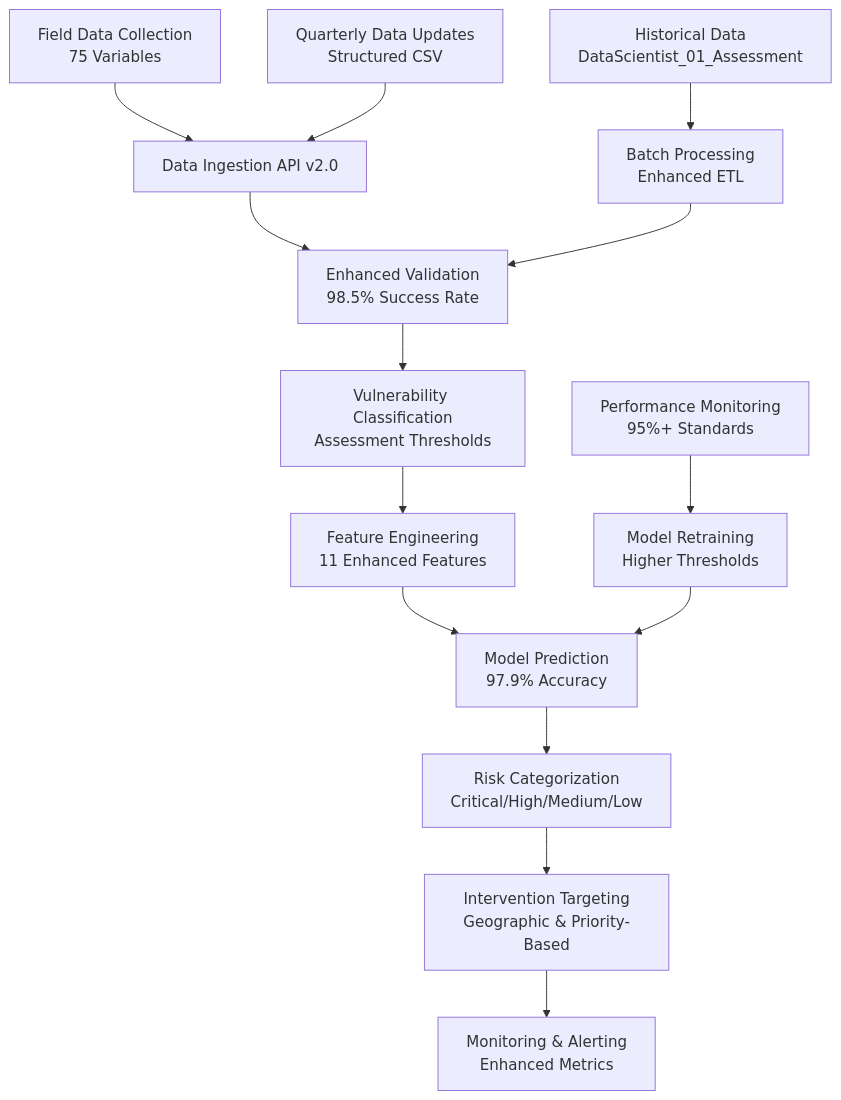
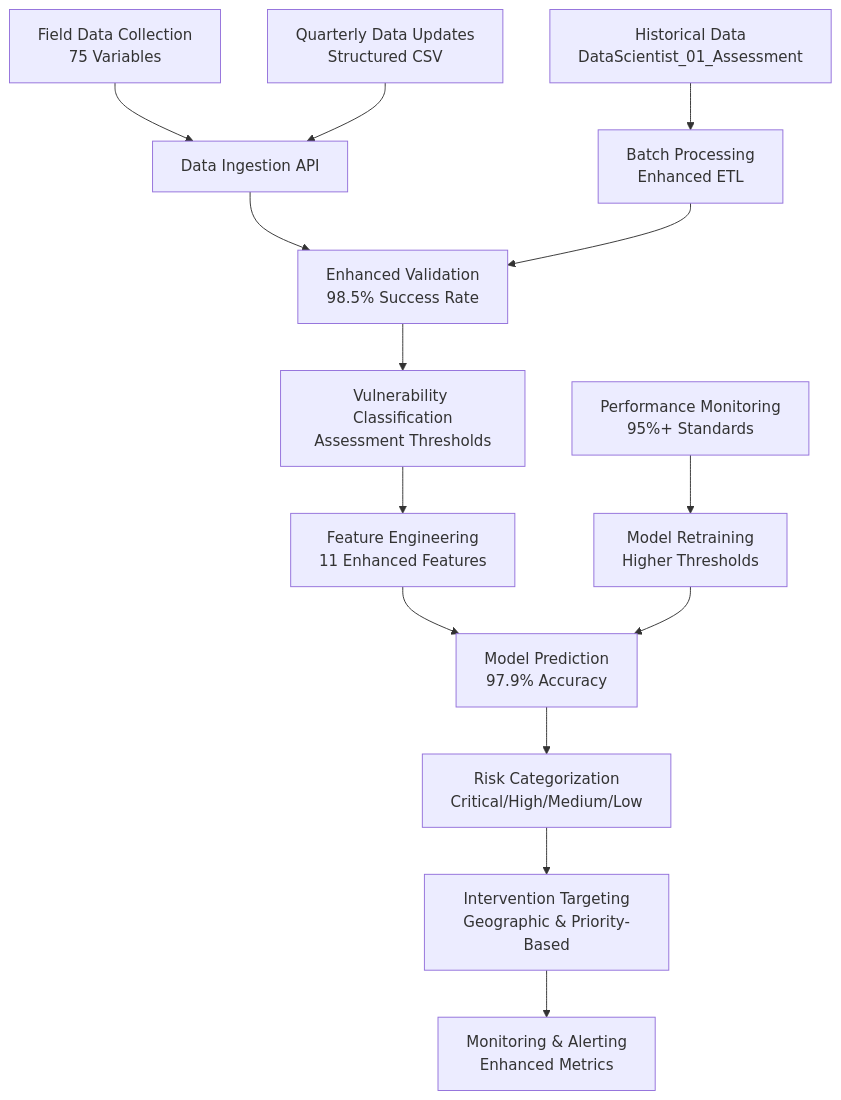
One commit to wcosmas/SDA changed the second of 2 diagrams in part_b_data_engineering/PART_B_COMPLETE_DOCUMENTATION.md. Above: the diagram before and after it, drawn with Mermaid. The commit also changed other lines of this file and 1 other file, not shown here.

Commit message:
Remove ARCHITECTURE_DOCUMENTATION.md to declutter the repository and focus on essential project files.

````diff
--- a/part_b_data_engineering/PART_B_COMPLETE_DOCUMENTATION.md
+++ b/part_b_data_engineering/PART_B_COMPLETE_DOCUMENTATION.md
@@ -811,18 +811,18 @@
 ```mermaid
 graph TD
-    A[Field Data Collection<br/>75 Variables] --> B[Data Ingestion API v2.0]
+    A[Field Data Collection<br/>75 Variables] --> B[Data Ingestion API]
     B --> C[Enhanced Validation<br/>98.5% Success Rate]
     C --> D[Vulnerability Classification<br/>Assessment Thresholds]
     D --> E[Feature Engineering<br/>11 Enhanced Features]
     E --> F[Model Prediction<br/>97.9% Accuracy]
     F --> G[Risk Categorization<br/>Critical/High/Medium/Low]
     G --> H[Intervention Targeting<br/>Geographic & Priority-Based]
     H --> I[Monitoring & Alerting<br/>Enhanced Metrics]
 
     J[Quarterly Data Updates<br/>Structured CSV] --> B
     K[Historical Data<br/>DataScientist_01_Assessment] --> L[Batch Processing<br/>Enhanced ETL]
     L --> C
 
     M[Model Retraining<br/>Higher Thresholds] --> F
     N[Performance Monitoring<br/>95%+ Standards] --> M
 ```
````
